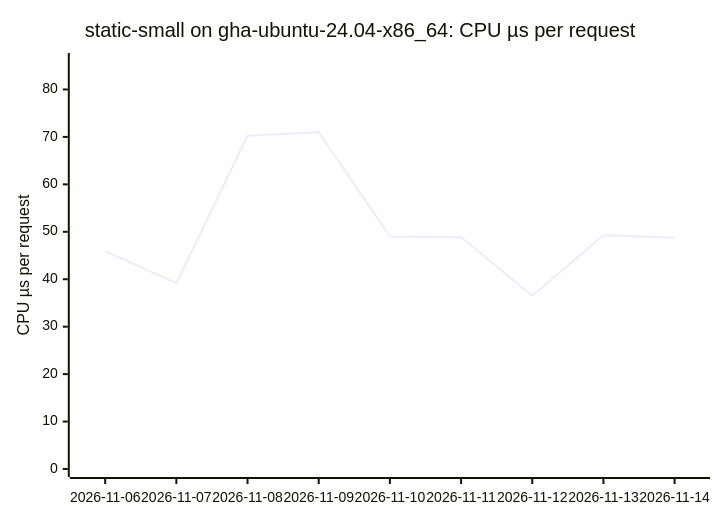
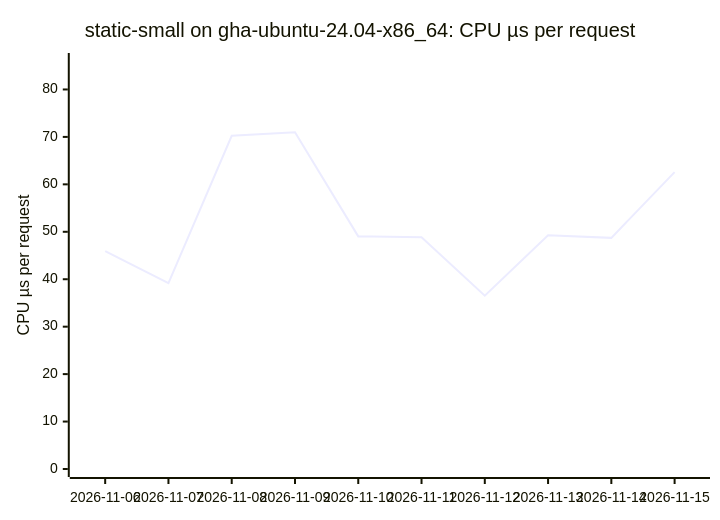
The first of 18 diagrams in BENCHMARKS.md (ThePixelPilgrim/durchlauferhitzer), drawn with Mermaid before and after one commit. The commit also changed other lines of this file and 1 other file, not shown here.

````diff
--- a/BENCHMARKS.md
+++ b/BENCHMARKS.md
@@ -26,7 +26,7 @@
 ```mermaid
 xychart-beta
   title "static-small on gha-ubuntu-24.04-x86_64: CPU µs per request"
-  x-axis ["2026-11-06", "2026-11-07", "2026-11-08", "2026-11-09", "2026-11-10", "2026-11-11", "2026-11-12", "2026-11-13", "2026-11-14"]
+  x-axis ["2026-11-06", "2026-11-07", "2026-11-08", "2026-11-09", "2026-11-10", "2026-11-11", "2026-11-12", "2026-11-13", "2026-11-14", "2026-11-15"]
   y-axis "CPU µs per request" 0 --> 86
-  line [45.92, 39.16, 70.24, 70.98, 49.03, 48.84, 36.52, 49.28, 48.72]
+  line [45.92, 39.16, 70.24, 70.98, 49.03, 48.84, 36.52, 49.28, 48.72, 62.58]
 ```
````
